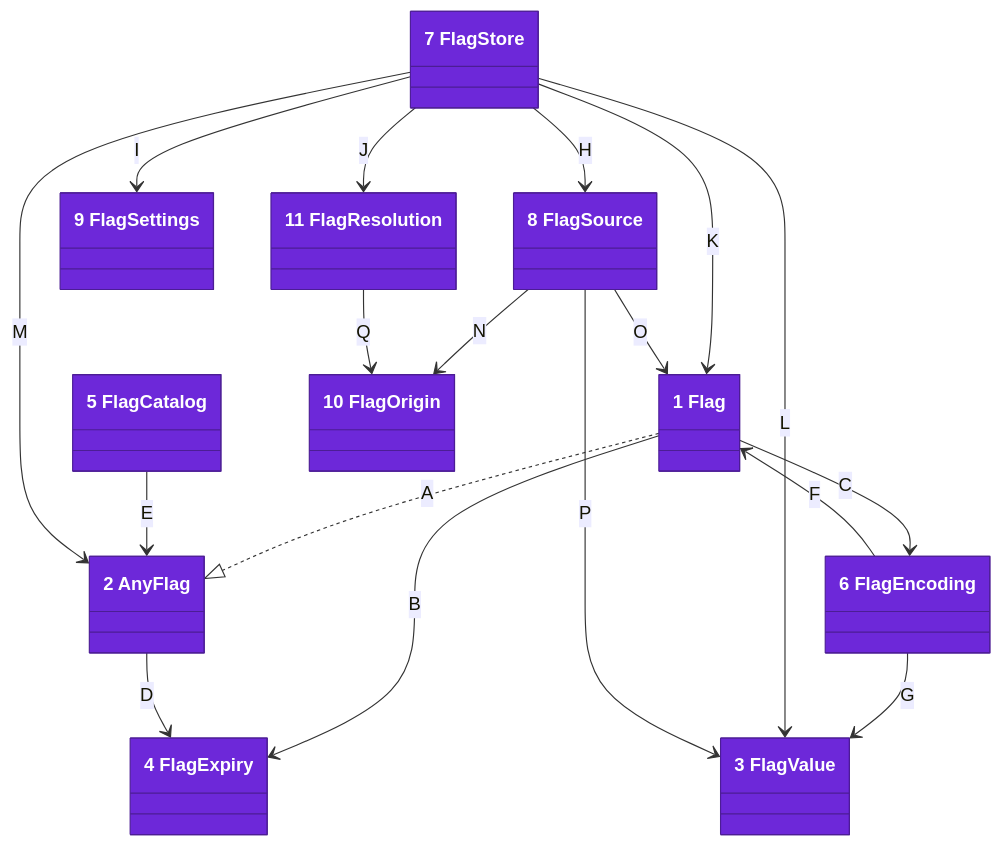
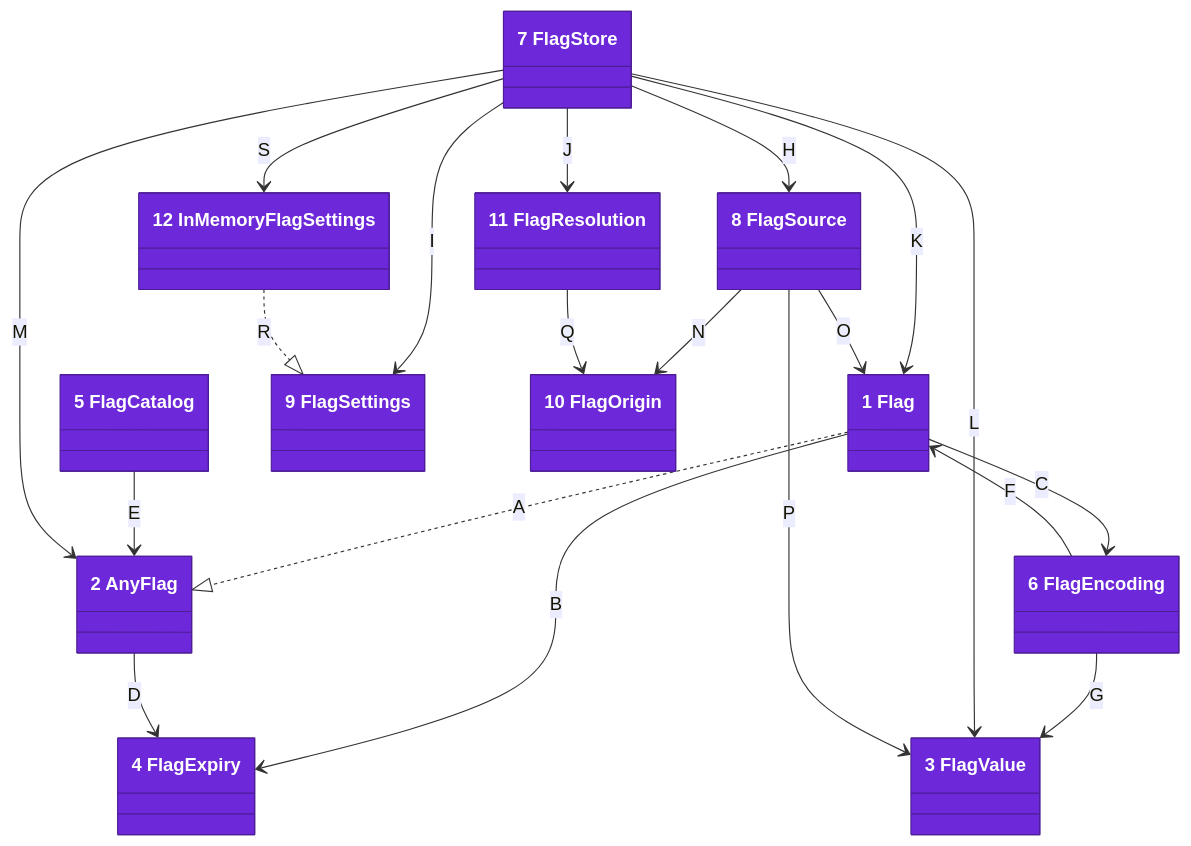
The first of 2 diagrams in docs/architecture/04-code.md (may-journal/feature-flag-kit), drawn with Mermaid before and after one commit. The commit also changed other lines of this file and 9 other files, not shown here.

````diff
--- a/docs/architecture/04-code.md
+++ b/docs/architecture/04-code.md
@@ -5,44 +5,48 @@
 ```mermaid
 classDiagram
     class Flag["1 Flag"]
     class AnyFlag["2 AnyFlag"]
     class FlagValue["3 FlagValue"]
     class FlagExpiry["4 FlagExpiry"]
     class FlagCatalog["5 FlagCatalog"]
     class FlagEncoding["6 FlagEncoding"]
     class FlagStore["7 FlagStore"]
     class FlagSource["8 FlagSource"]
     class FlagSettings["9 FlagSettings"]
     class FlagOrigin["10 FlagOrigin"]
     class FlagResolution["11 FlagResolution"]
+    class InMemoryFlagSettings["12 InMemoryFlagSettings"]
 
     Flag ..|> AnyFlag : A
     Flag --> FlagExpiry : B
     Flag --> FlagEncoding : C
     AnyFlag --> FlagExpiry : D
     FlagCatalog --> AnyFlag : E
     FlagEncoding --> Flag : F
     FlagEncoding --> FlagValue : G
     FlagStore --> FlagSource : H
     FlagStore --> FlagSettings : I
     FlagStore --> FlagResolution : J
     FlagStore --> Flag : K
     FlagStore --> FlagValue : L
     FlagStore --> AnyFlag : M
     FlagSource --> FlagOrigin : N
     FlagSource --> Flag : O
     FlagSource --> FlagValue : P
     FlagResolution --> FlagOrigin : Q
+    InMemoryFlagSettings ..|> FlagSettings : R
+    FlagStore --> InMemoryFlagSettings : S
 
     style Flag fill:#6d28d9,stroke:#4c1d95,color:#ffffff
     style AnyFlag fill:#6d28d9,stroke:#4c1d95,color:#ffffff
     style FlagValue fill:#6d28d9,stroke:#4c1d95,color:#ffffff
     style FlagExpiry fill:#6d28d9,stroke:#4c1d95,color:#ffffff
     style FlagCatalog fill:#6d28d9,stroke:#4c1d95,color:#ffffff
     style FlagEncoding fill:#6d28d9,stroke:#4c1d95,color:#ffffff
     style FlagStore fill:#6d28d9,stroke:#4c1d95,color:#ffffff
     style FlagSource fill:#6d28d9,stroke:#4c1d95,color:#ffffff
     style FlagSettings fill:#6d28d9,stroke:#4c1d95,color:#ffffff
     style FlagOrigin fill:#6d28d9,stroke:#4c1d95,color:#ffffff
     style FlagResolution fill:#6d28d9,stroke:#4c1d95,color:#ffffff
+    style InMemoryFlagSettings fill:#6d28d9,stroke:#4c1d95,color:#ffffff
 ```
````
